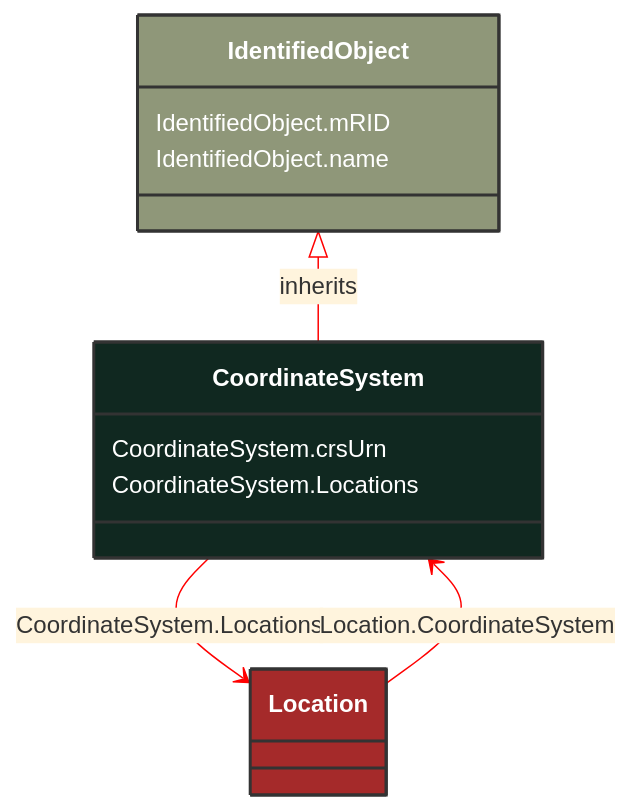
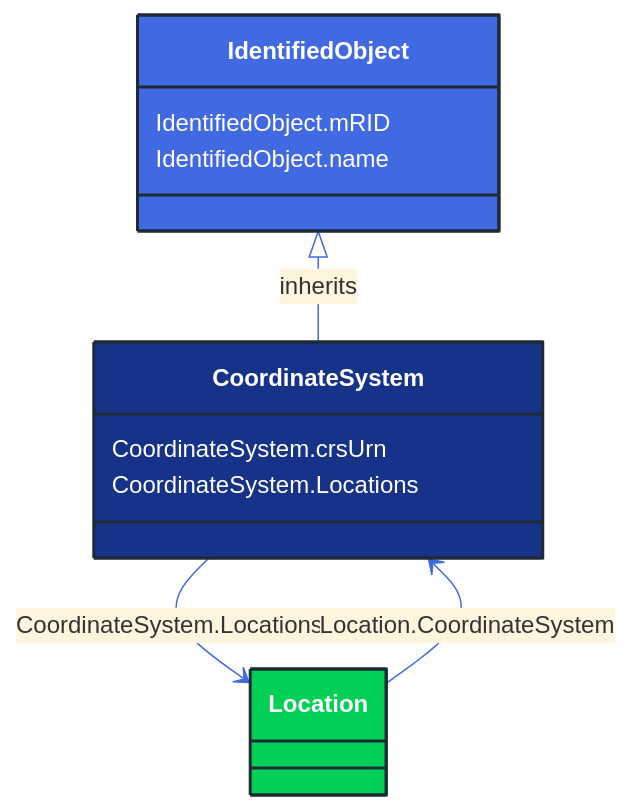
The diagram in docs/Models/Profiles/GeographicalLocation/ConcreteClasses/CoordinateSystem.md (3lbits/NoCIMExtensions), drawn with Mermaid before and after one commit. The commit also changed 362 other files, not shown here.

First line of the commit message:
Update diagrams and styles for improved visual consistency

````diff
--- a/docs/Models/Profiles/GeographicalLocation/ConcreteClasses/CoordinateSystem.md
+++ b/docs/Models/Profiles/GeographicalLocation/ConcreteClasses/CoordinateSystem.md
@@ -8,29 +8,29 @@
 ```mermaid
-%%{init: {'theme':'base','themeVariables': {'lineColor': '#FF0000'}}}%%
+%%{init: {'theme':'base','themeVariables': {'lineColor': '#4169E1'}}}%%
 classDiagram
     class CoordinateSystem
     click CoordinateSystem href "/Models/Profiles/GeographicalLocation/ConcreteClasses/CoordinateSystem/"
-    style CoordinateSystem fill:#102820,stroke:#333,stroke-width:2px,rx:10,ry:10,color:white
+    style CoordinateSystem fill:#163289,stroke:#1F2A37,stroke-width:2px,rx:10,ry:10,color:white
      
         IdentifiedObject <|-- CoordinateSystem : inherits
             click IdentifiedObject href "/Models/Profiles/GeographicalLocation/AbstractClasses/IdentifiedObject/"
-            style IdentifiedObject fill:#8F9779,stroke:#333,stroke-width:2px,rx:10,ry:10,color:white
+            style IdentifiedObject fill:#4169E1,stroke:#1F2A37,stroke-width:2px,rx:10,ry:10,color:white
 
         CoordinateSystem --> Location : CoordinateSystem.Locations
 
         Location
             click Location href "/Models/Profiles/GeographicalLocation/ConcreteClasses/Location/"
-            style Location fill:#A52A2A,stroke:#333,stroke-width:2px,rx:10,ry:10,color:white
+            style Location fill:#00D156,stroke:#1F2A37,stroke-width:2px,rx:10,ry:10,color:white
 
         Location --> CoordinateSystem : Location.CoordinateSystem
 
         Location
             click Location href "/Models/Profiles/GeographicalLocation/ConcreteClasses/Location/"
-            style Location fill:#A52A2A,stroke:#333,stroke-width:2px,rx:10,ry:10,color:white
+            style Location fill:#00D156,stroke:#1F2A37,stroke-width:2px,rx:10,ry:10,color:white
 
 
         CoordinateSystem : CoordinateSystem.crsUrn
         CoordinateSystem : CoordinateSystem.Locations
         IdentifiedObject : IdentifiedObject.mRID
         IdentifiedObject : IdentifiedObject.name
 ```
````
